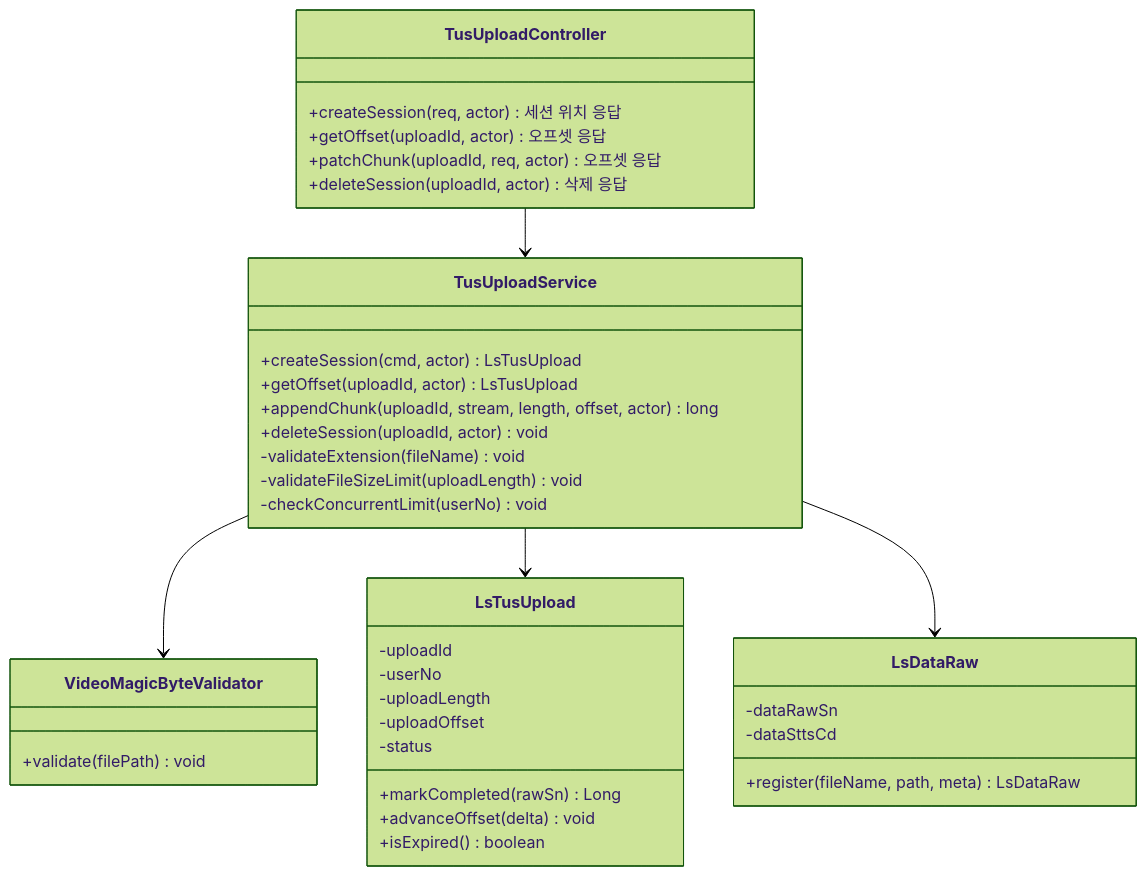
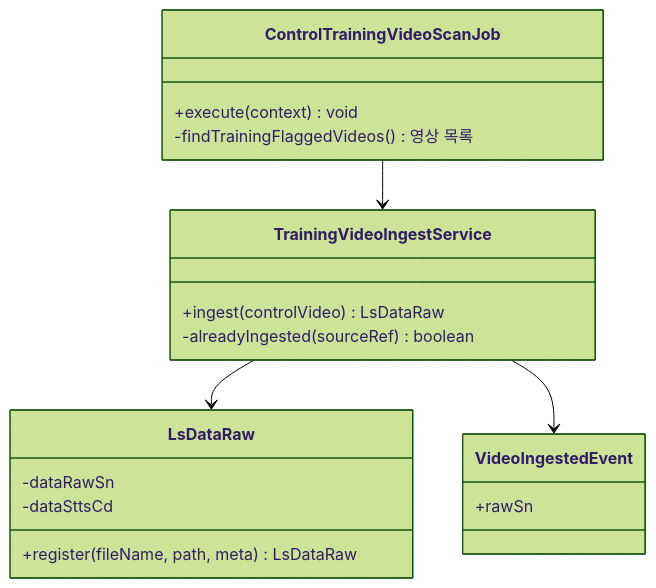
Before and after one commit to New-stella/klid-label: diagram 31 of 36 in docs/design/D1-클래스설계서.md, drawn with Mermaid (forest theme). The commit also changed other lines of this file and 5 other files, not shown here.

````diff
--- a/docs/design/D1-클래스설계서.md
+++ b/docs/design/D1-클래스설계서.md
@@ -1471,40 +1453,22 @@
 ```mermaid
 classDiagram
-    class TusUploadController {
-        +createSession(req, actor) 세션 위치 응답
-        +getOffset(uploadId, actor) 오프셋 응답
-        +patchChunk(uploadId, req, actor) 오프셋 응답
-        +deleteSession(uploadId, actor) 삭제 응답
+    class ControlTrainingVideoScanJob {
+        +execute(context) void
+        -findTrainingFlaggedVideos() 영상 목록
     }
-    class TusUploadService {
-        +createSession(cmd, actor) LsTusUpload
-        +getOffset(uploadId, actor) LsTusUpload
-        +appendChunk(uploadId, stream, length, offset, actor) long
-        +deleteSession(uploadId, actor) void
-        -validateExtension(fileName) void
-        -validateFileSizeLimit(uploadLength) void
-        -checkConcurrentLimit(userNo) void
-    }
-    class VideoMagicByteValidator {
-        +validate(filePath) void
-    }
-    class LsTusUpload {
-        -uploadId
-        -userNo
-        -uploadLength
-        -uploadOffset
-        -status
-        +markCompleted(rawSn) Long
-        +advanceOffset(delta) void
-        +isExpired() boolean
+    class TrainingVideoIngestService {
+        +ingest(controlVideo) LsDataRaw
+        -alreadyIngested(sourceRef) boolean
     }
     class LsDataRaw {
         -dataRawSn
         -dataSttsCd
         +register(fileName, path, meta) LsDataRaw
     }
-    TusUploadController --> TusUploadService
-    TusUploadService --> VideoMagicByteValidator
-    TusUploadService --> LsTusUpload
-    TusUploadService --> LsDataRaw
+    class VideoIngestedEvent {
+        +rawSn
+    }
+    ControlTrainingVideoScanJob --> TrainingVideoIngestService
+    TrainingVideoIngestService --> LsDataRaw
+    TrainingVideoIngestService --> VideoIngestedEvent
 ```
````
